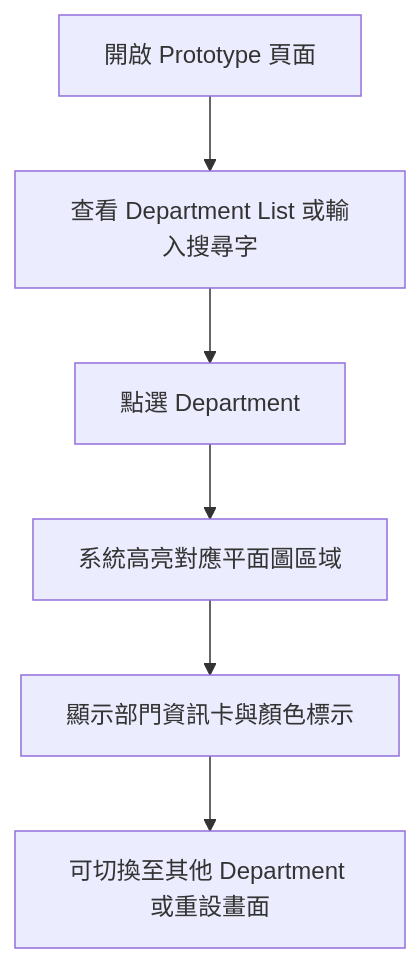
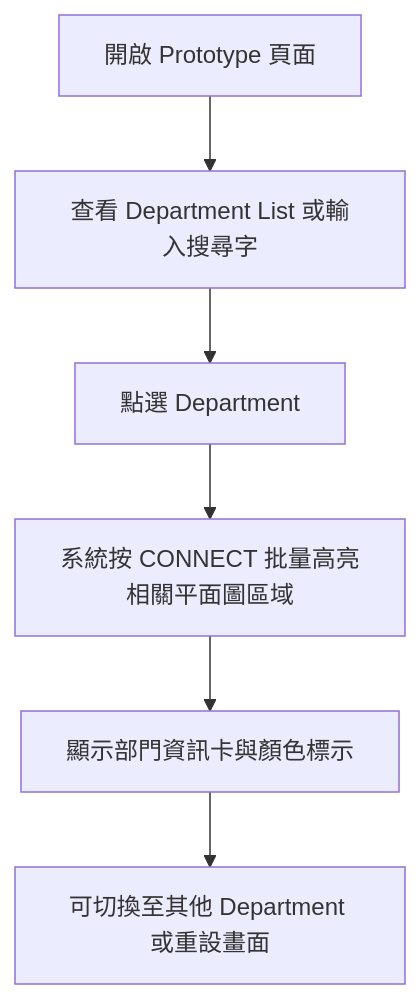
One commit to wilsonlcf1216-lab/twins-tower changed the diagram in .trae/documents/prototype-prd.md. Above: the diagram before and after it, drawn with Mermaid. The commit also changed other lines of this file and 1 other file, not shown here.

````diff
--- a/.trae/documents/prototype-prd.md
+++ b/.trae/documents/prototype-prd.md
@@ -31,8 +31,8 @@
 ```mermaid
 flowchart TD
     A["開啟 Prototype 頁面"] --> B["查看 Department List 或輸入搜尋字"]
     B --> C["點選 Department"]
-    C --> D["系統高亮對應平面圖區域"]
+    C --> D["系統按 CONNECT 批量高亮相關平面圖區域"]
     D --> E["顯示部門資訊卡與顏色標示"]
     E --> F["可切換至其他 Department 或重設畫面"]
 ```
````
